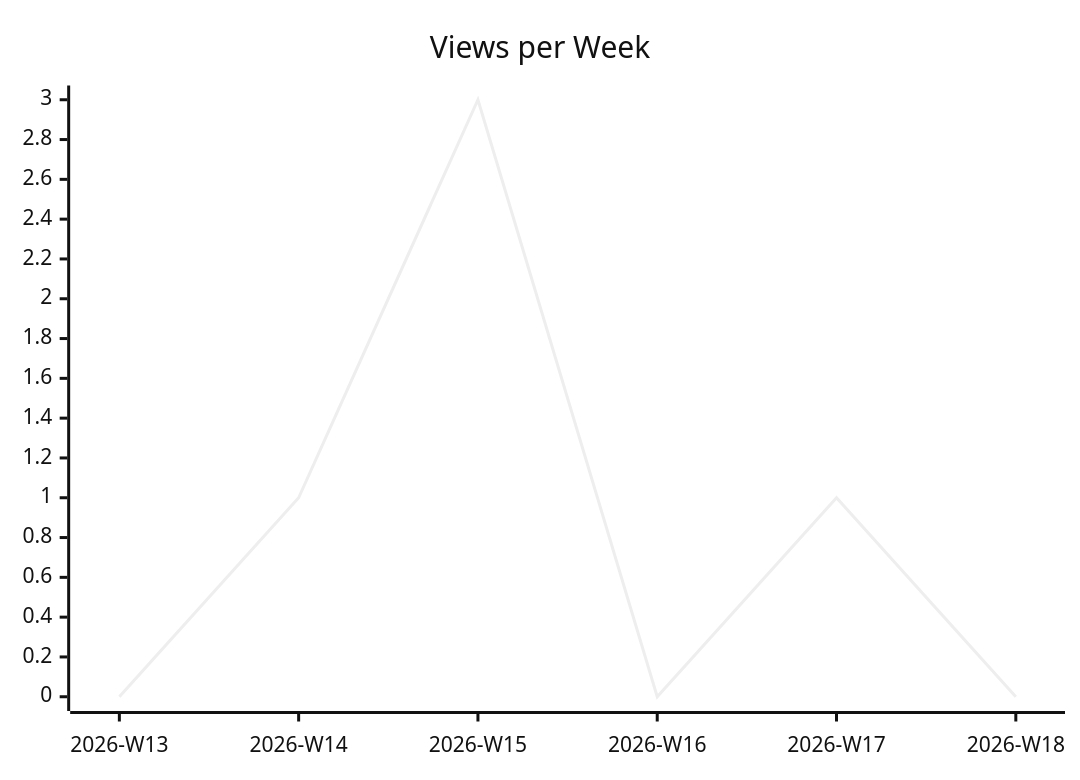
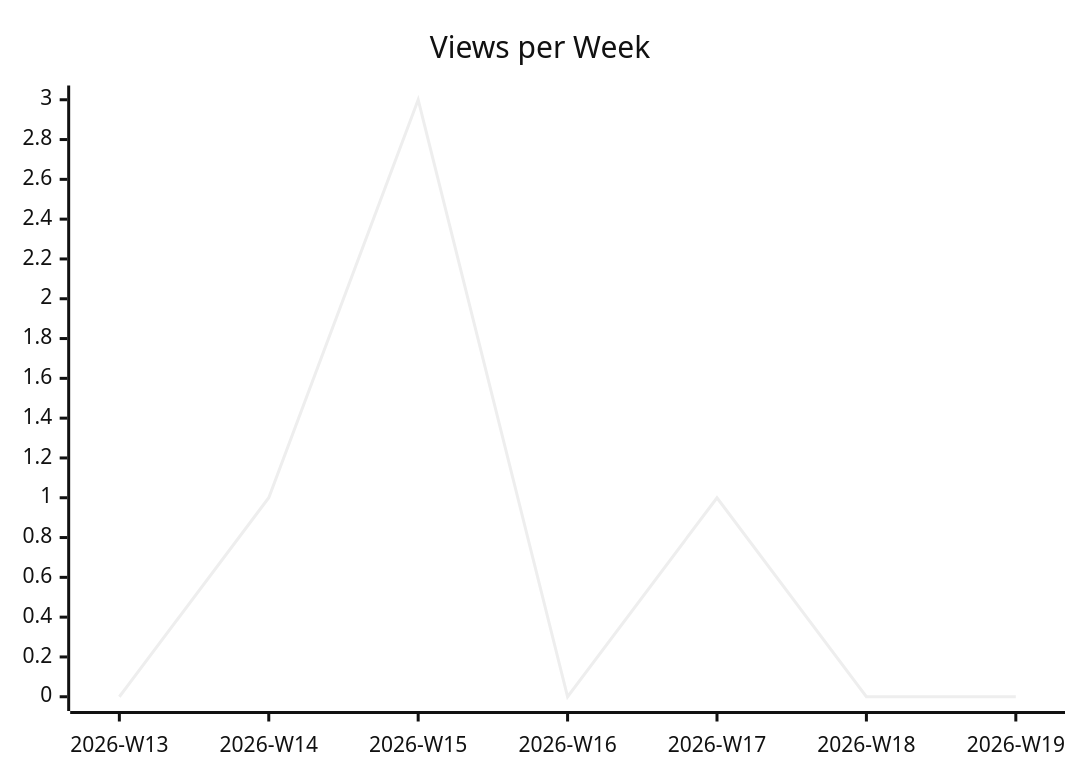
Before and after one commit to justdavis-family/github-analytics-data: the second of 3 diagrams in justdavis-family/justdavis/README.md, drawn with Mermaid (neutral theme). The commit also changed other lines of this file and 187 other files, not shown here.

````diff
--- a/justdavis-family/justdavis/README.md
+++ b/justdavis-family/justdavis/README.md
@@ -12,6 +12,6 @@
 ```mermaid
 xychart-beta
   title "Views per Week"
-  x-axis ["2026-W13", "2026-W14", "2026-W15", "2026-W16", "2026-W17", "2026-W18"]
-  line [0, 1, 3, 0, 1, 0]
+  x-axis ["2026-W13", "2026-W14", "2026-W15", "2026-W16", "2026-W17", "2026-W18", "2026-W19"]
+  line [0, 1, 3, 0, 1, 0, 0]
 ```
````
